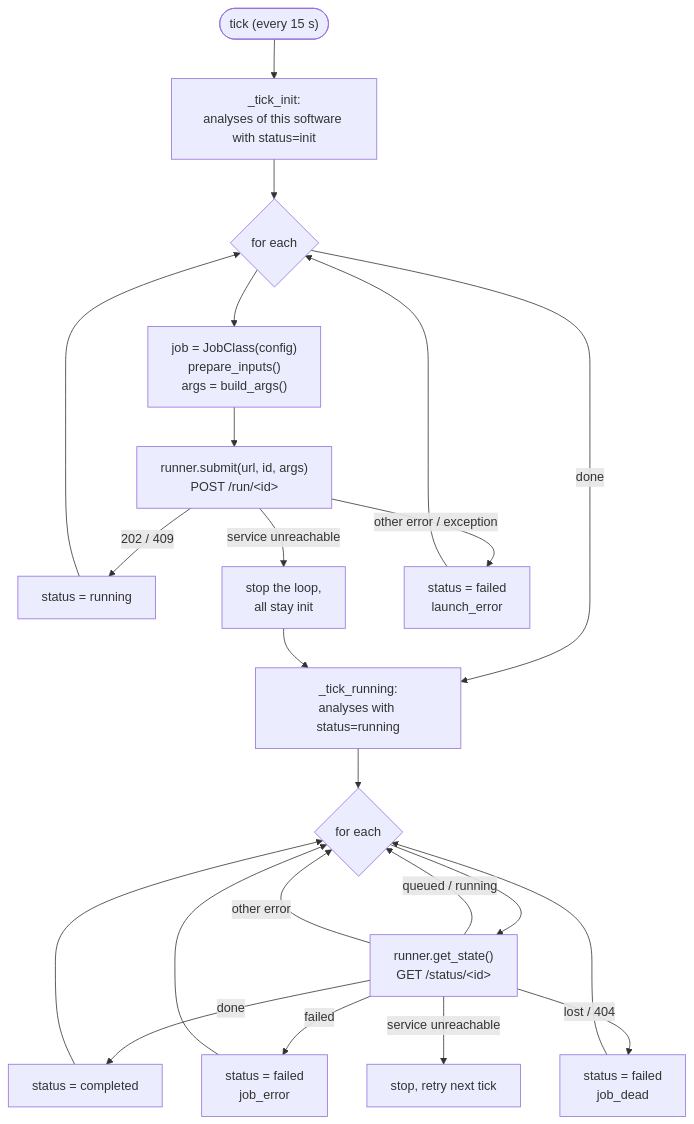
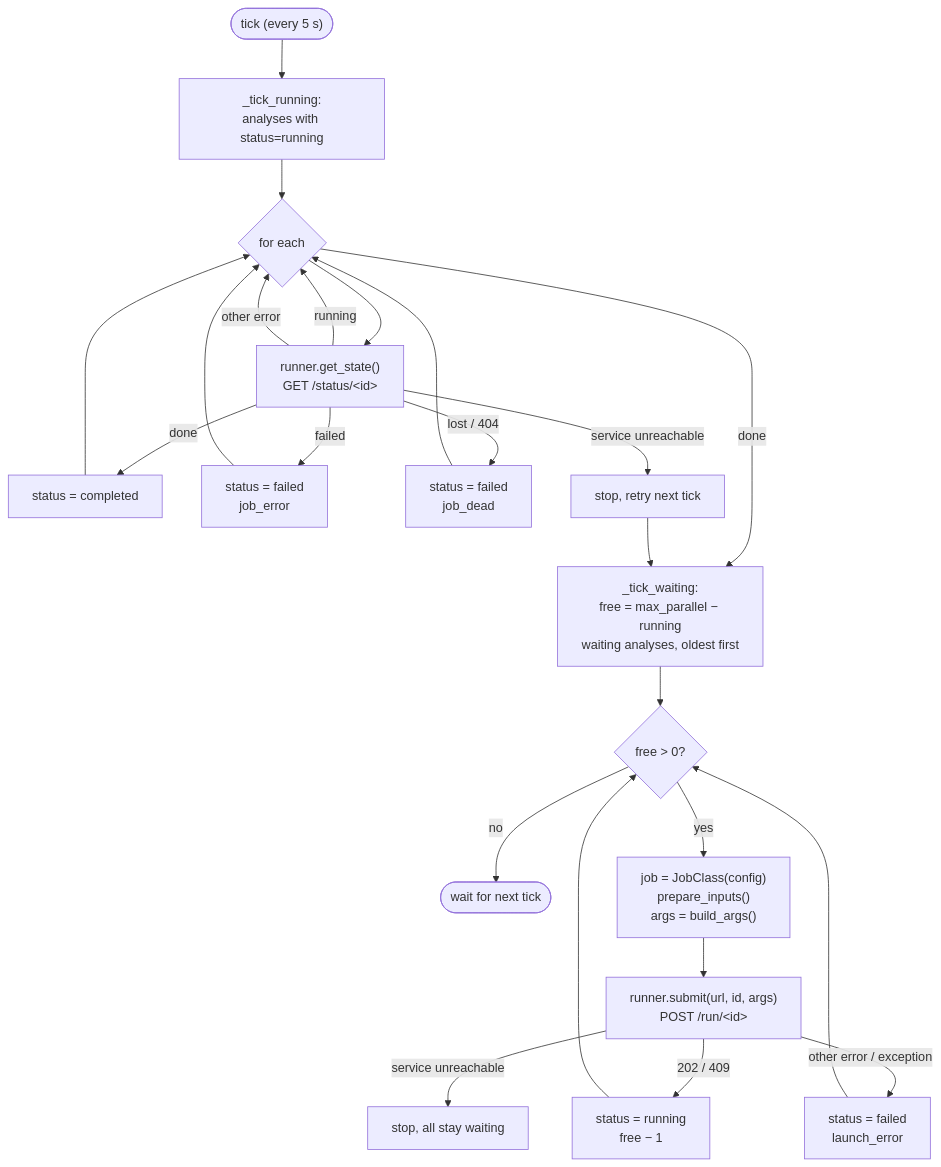
One commit to Benoitdw/dezyme changed the fourth of 5 diagrams in docs/analysis-lifecycle.md. Above: the diagram before and after it, drawn with Mermaid. The commit also changed other lines of this file and 8 other files, not shown here.

````diff
--- a/docs/analysis-lifecycle.md
+++ b/docs/analysis-lifecycle.md
@@ -197,26 +204,27 @@
 ```mermaid
 flowchart TD
-    T(["tick (every 15 s)"]) --> I["_tick_init:<br/>analyses of this software with status=init"]
-    I --> L{"for each"}
-    L --> P["job = JobClass(config)<br/>prepare_inputs()<br/>args = build_args()"]
-    P --> S["runner.submit(url, id, args)<br/>POST /run/&lt;id&gt;"]
-    S -- "202 / 409" --> SR["status = running"]
-    S -- "service unreachable" --> STOP1["stop the loop,<br/>all stay init"]
-    S -- "other error / exception" --> SF["status = failed<br/>launch_error"]
-    SR --> L
-    SF --> L
-
-    L -- done --> R["_tick_running:<br/>analyses with status=running"]
-    STOP1 --> R
+    T(["tick (every 5 s)"]) --> R["_tick_running:<br/>analyses with status=running"]
     R --> M{"for each"}
     M --> G["runner.get_state()<br/>GET /status/&lt;id&gt;"]
-    G -- "queued / running" --> M
+    G -- running --> M
     G -- done --> C["status = completed"]
     G -- failed --> F1["status = failed<br/>job_error"]
     G -- "lost / 404" --> F2["status = failed<br/>job_dead"]
     G -- "service unreachable" --> STOP2["stop, retry next tick"]
     G -- "other error" --> M
     C --> M
     F1 --> M
     F2 --> M
+
+    M -- done --> W["_tick_waiting:<br/>free = max_parallel − running<br/>waiting analyses, oldest first"]
+    STOP2 --> W
+    W --> L{"free > 0?"}
+    L -- no --> END(["wait for next tick"])
+    L -- yes --> P["job = JobClass(config)<br/>prepare_inputs()<br/>args = build_args()"]
+    P --> S["runner.submit(url, id, args)<br/>POST /run/&lt;id&gt;"]
+    S -- "202 / 409" --> SR["status = running<br/>free − 1"]
+    S -- "service unreachable" --> STOP1["stop, all stay waiting"]
+    S -- "other error / exception" --> SF["status = failed<br/>launch_error"]
+    SR --> L
+    SF --> L
 ```
````
